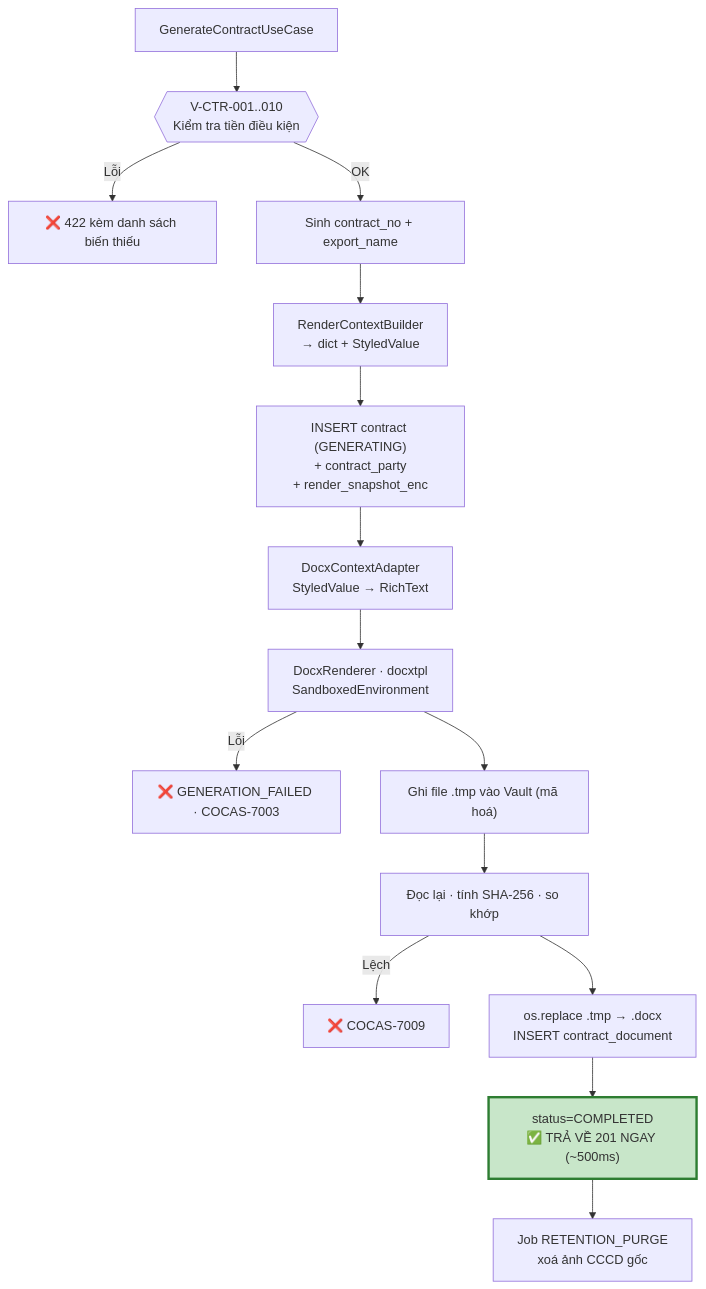
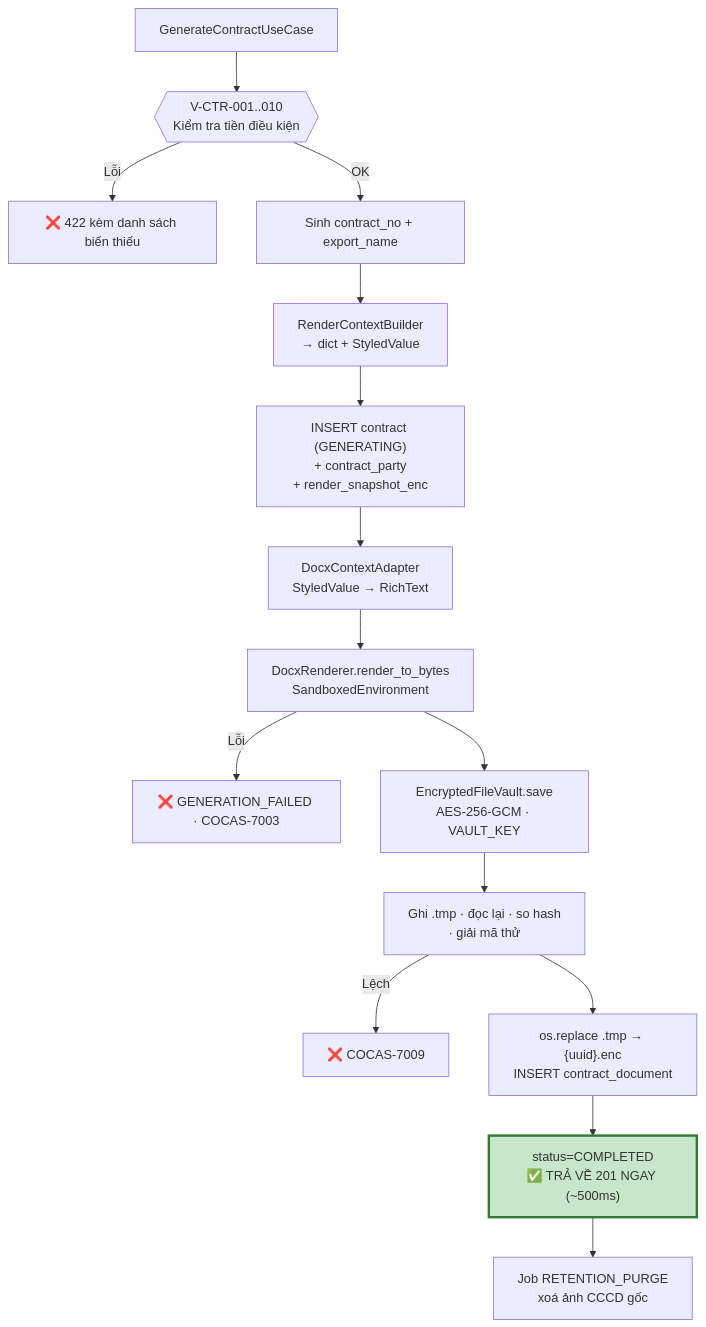
Before and after one commit to Dezz3z/CCCD_OCR_NEW: the second of 2 diagrams in docs/design/09-template-va-tai-lieu.md, drawn with Mermaid. The commit also changed other lines of this file and 27 other files, not shown here.

````diff
--- a/docs/design/09-template-va-tai-lieu.md
+++ b/docs/design/09-template-va-tai-lieu.md
@@ -331,20 +331,20 @@
 ```mermaid
 graph TB
     A["GenerateContractUseCase"] --> B{{"V-CTR-001..010<br/>Kiểm tra tiền điều kiện"}}
     B -->|Lỗi| E1["❌ 422 kèm danh sách biến thiếu"]
     B -->|OK| C["Sinh contract_no + export_name"]
     C --> D["RenderContextBuilder<br/>→ dict + StyledValue"]
     D --> F["INSERT contract (GENERATING)<br/>+ contract_party<br/>+ render_snapshot_enc"]
 
     F --> G1["DocxContextAdapter<br/>StyledValue → RichText"]
-    G1 --> G["DocxRenderer · docxtpl<br/>SandboxedEnvironment"]
+    G1 --> G["DocxRenderer.render_to_bytes<br/>SandboxedEnvironment"]
     G -->|Lỗi| E2["❌ GENERATION_FAILED · COCAS-7003"]
-    G --> H["Ghi file .tmp vào Vault (mã hoá)"]
-    H --> I["Đọc lại · tính SHA-256 · so khớp"]
+    G --> H["EncryptedFileVault.save<br/>AES-256-GCM · VAULT_KEY"]
+    H --> I["Ghi .tmp · đọc lại · so hash<br/>· giải mã thử"]
     I -->|Lệch| E3["❌ COCAS-7009"]
-    I --> J["os.replace .tmp → .docx<br/>INSERT contract_document"]
+    I --> J["os.replace .tmp → {uuid}.enc<br/>INSERT contract_document"]
     J --> P["status=COMPLETED<br/>✅ TRẢ VỀ 201 NGAY (~500ms)"]
     P --> Q["Job RETENTION_PURGE<br/>xoá ảnh CCCD gốc"]
 
     style P fill:#c8e6c9,stroke:#2e7d32,stroke-width:3px
 ```
````
